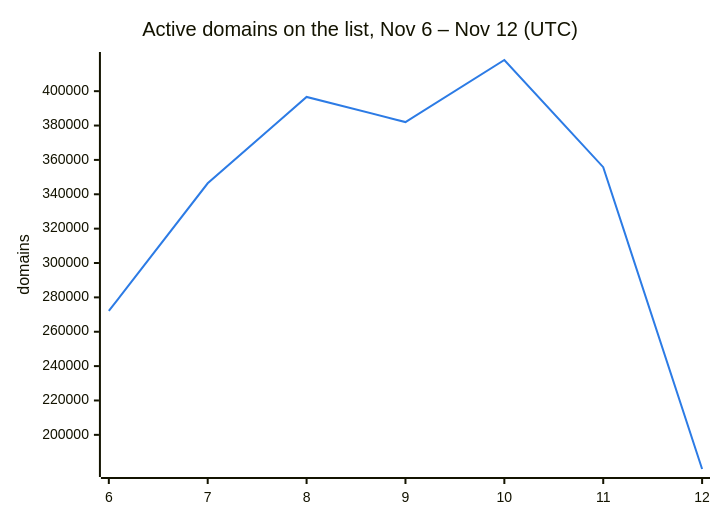
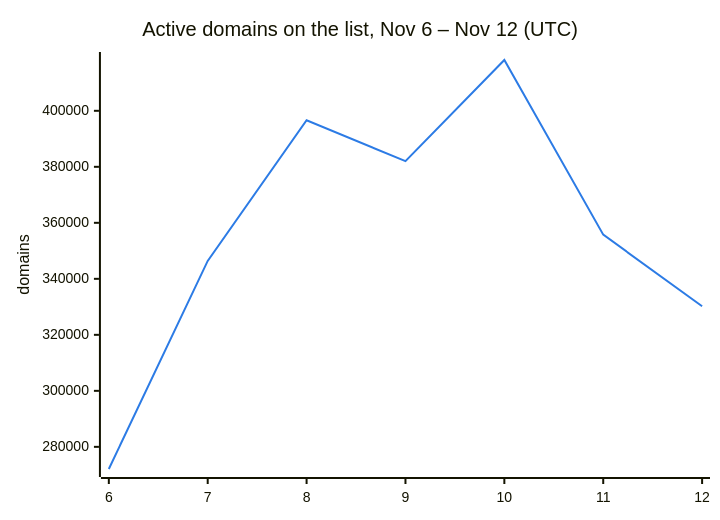
Before and after one commit to DNSBunker/CTI: the second of 3 diagrams in README.md, drawn with Mermaid. The commit also changed other lines of this file and 3 other files, not shown here.

````diff
--- a/README.md
+++ b/README.md
@@ -38,8 +38,8 @@
 ```mermaid
 %%{init: {"themeVariables": {"xyChart": {"plotColorPalette": "#2c7be5"}}}}%%
 xychart-beta
     title "Active domains on the list, Nov 6 – Nov 12 (UTC)"
     x-axis ["6", "7", "8", "9", "10", "11", "12"]
     y-axis "domains"
-    line [272088, 346388, 396638, 382009, 418143, 355765, 180125]
+    line [272088, 346388, 396638, 382009, 418143, 355765, 330225]
 ```
````
